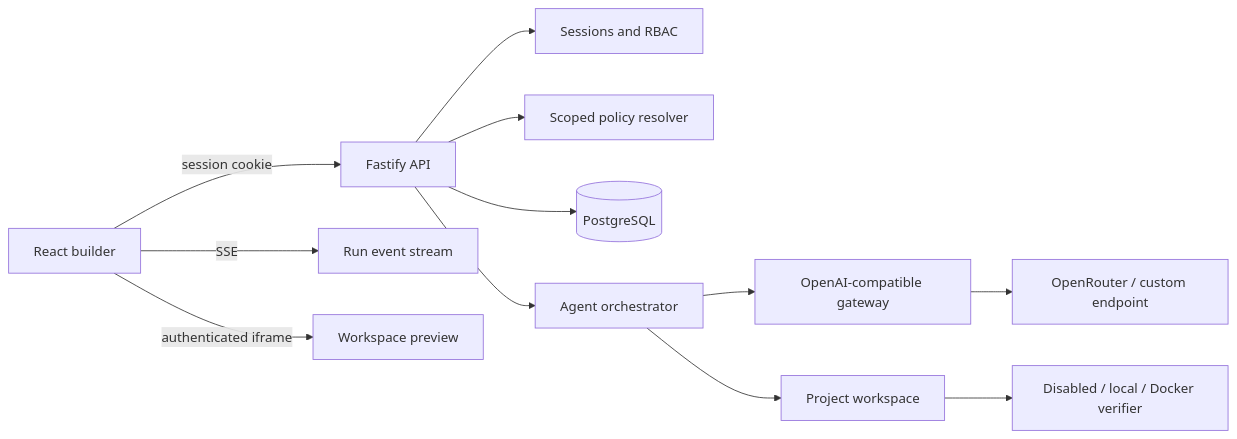
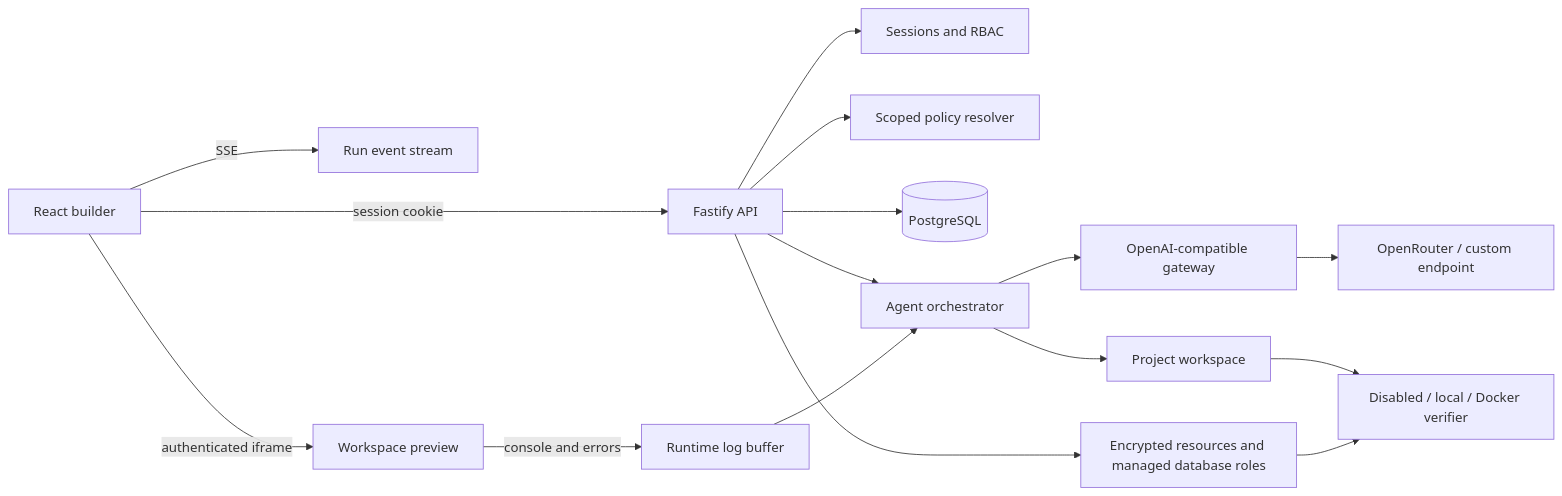
One commit to CodinMoldovanu/vibeable changed the diagram in docs/architecture.md. Above: the diagram before and after it, drawn with Mermaid. The commit also changed other lines of this file and 18 other files, not shown here.

````diff
--- a/docs/architecture.md
+++ b/docs/architecture.md
@@ -5,14 +5,18 @@
 ```mermaid
 flowchart LR
   Browser["React builder"] -->|session cookie| API["Fastify API"]
   Browser -->|SSE| Runs["Run event stream"]
   Browser -->|authenticated iframe| Preview["Workspace preview"]
   API --> Auth["Sessions and RBAC"]
   API --> Policy["Scoped policy resolver"]
   API --> DB[(PostgreSQL)]
   API --> Agent["Agent orchestrator"]
+  API --> Resources["Encrypted resources and managed database roles"]
   Agent --> Gateway["OpenAI-compatible gateway"]
   Gateway --> Provider["OpenRouter / custom endpoint"]
   Agent --> Workspace["Project workspace"]
   Workspace --> Executor["Disabled / local / Docker verifier"]
+  Preview -->|console and errors| Logs["Runtime log buffer"]
+  Logs --> Agent
+  Resources --> Executor
 ```
````
